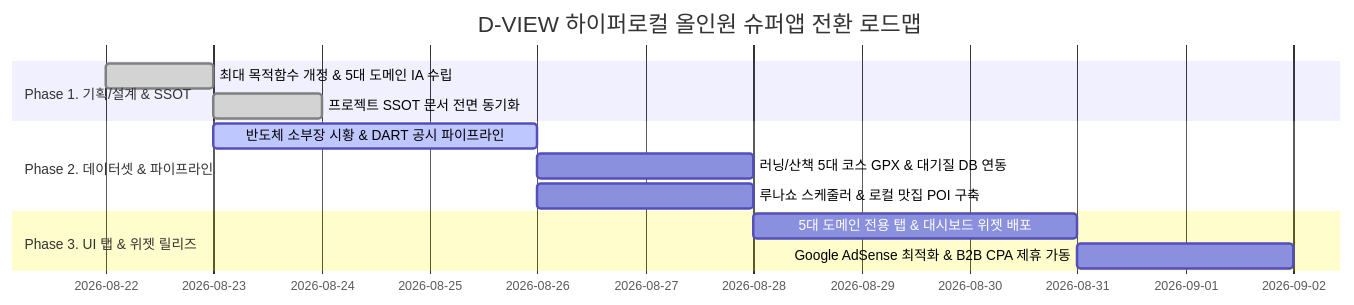
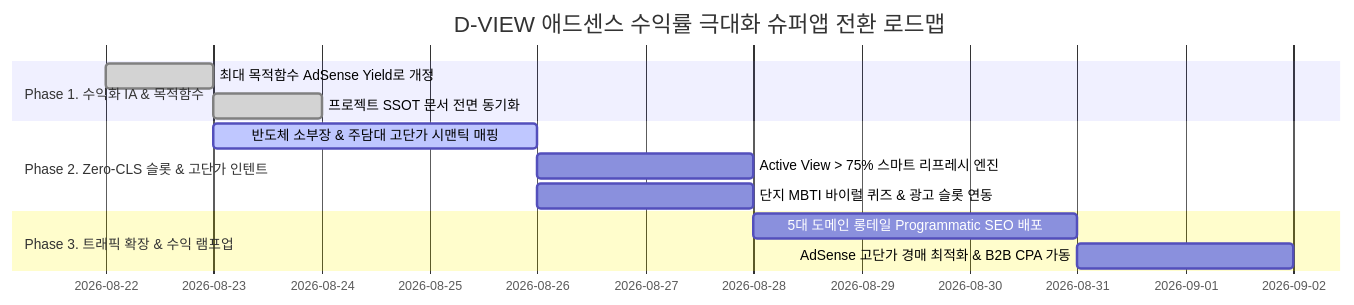
The second of 2 diagrams in frontend/src/data/engineering-report.md (Portfolio-Architects/PORTFOLIO-DVIEW), drawn with Mermaid before and after one commit. The commit also changed other lines of this file and 14 other files, not shown here.

````diff
--- a/frontend/src/data/engineering-report.md
+++ b/frontend/src/data/engineering-report.md
@@ -368,15 +428,15 @@
 ```mermaid
 gantt
-    title D-VIEW 하이퍼로컬 올인원 슈퍼앱 전환 로드맵
+    title D-VIEW 애드센스 수익률 극대화 슈퍼앱 전환 로드맵
     dateFormat  YYYY-MM-DD
-    section Phase 1. 기획/설계 & SSOT
-    최대 목적함수 개정 & 5대 도메인 IA 수립     :done, p1_1, 2026-08-22, 1d
+    section Phase 1. 수익화 IA & 목적함수
+    최대 목적함수 AdSense Yield로 개정         :done, p1_1, 2026-08-22, 1d
     프로젝트 SSOT 문서 전면 동기화               :done, p1_2, after p1_1, 1d
-    section Phase 2. 데이터셋 & 파이프라인
-    반도체 소부장 시황 & DART 공시 파이프라인   :active, p2_1, 2026-08-23, 3d
-    러닝/산책 5대 코스 GPX & 대기질 DB 연동     :p2_2, after p2_1, 2d
-    루나쇼 스케줄러 & 로컬 맛집 POI 구축        :p2_3, after p2_1, 2d
-    section Phase 3. UI 탭 & 위젯 릴리즈
-    5대 도메인 전용 탭 & 대시보드 위젯 배포     :p3_1, after p2_3, 3d
-    Google AdSense 최적화 & B2B CPA 제휴 가동    :p3_2, after p3_1, 2d
+    section Phase 2. Zero-CLS 슬롯 & 고단가 인텐트
+    반도체 소부장 & 주담대 고단가 시맨틱 매핑   :active, p2_1, 2026-08-23, 3d
+    Active View > 75% 스마트 리프레시 엔진       :p2_2, after p2_1, 2d
+    단지 MBTI 바이럴 퀴즈 & 광고 슬롯 연동      :p2_3, after p2_1, 2d
+    section Phase 3. 트래픽 확장 & 수익 램프업
+    5대 도메인 롱테일 Programmatic SEO 배포      :p3_1, after p2_3, 3d
+    AdSense 고단가 경매 최적화 & B2B CPA 가동    :p3_2, after p3_1, 2d
 ```
````
